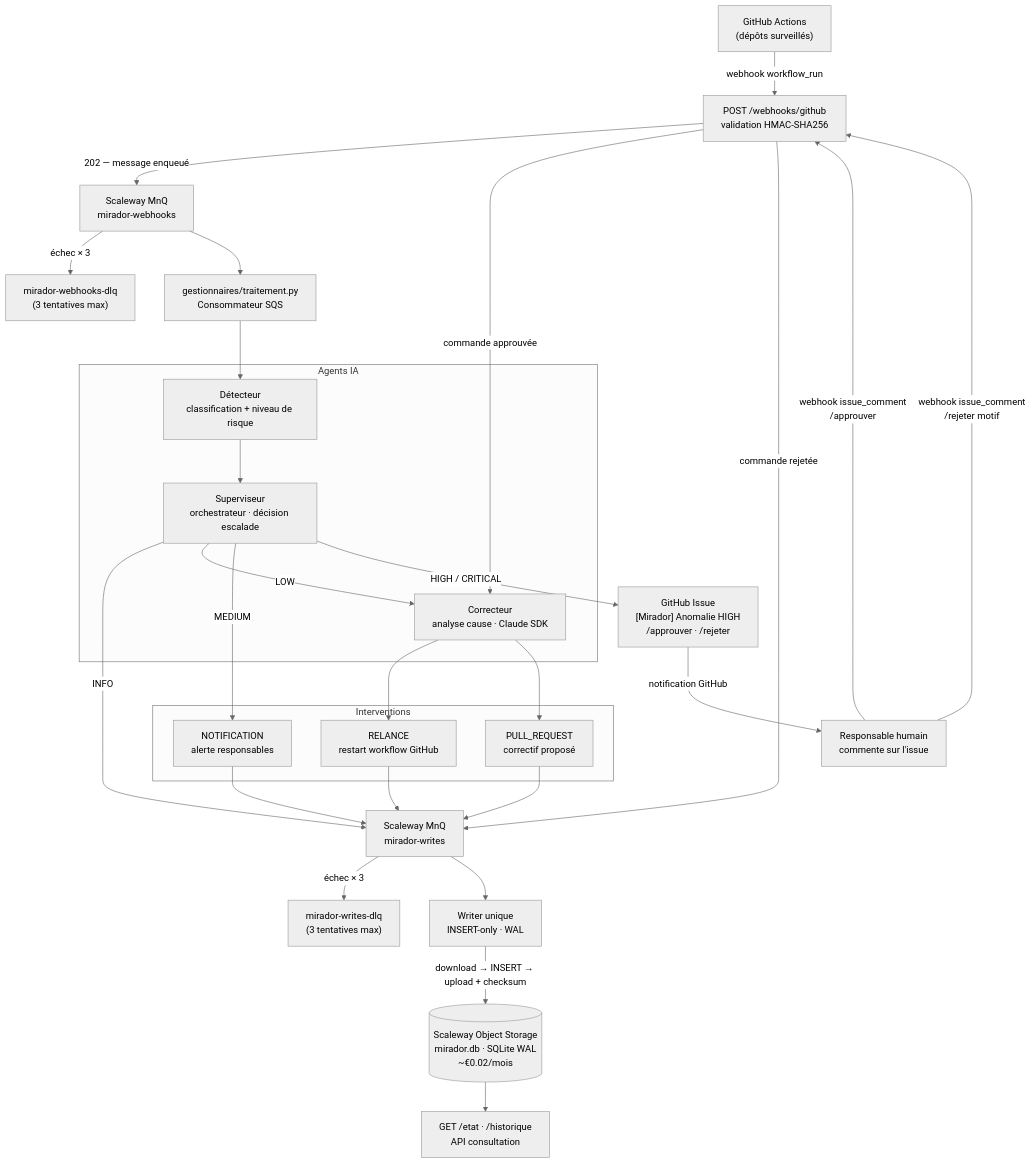
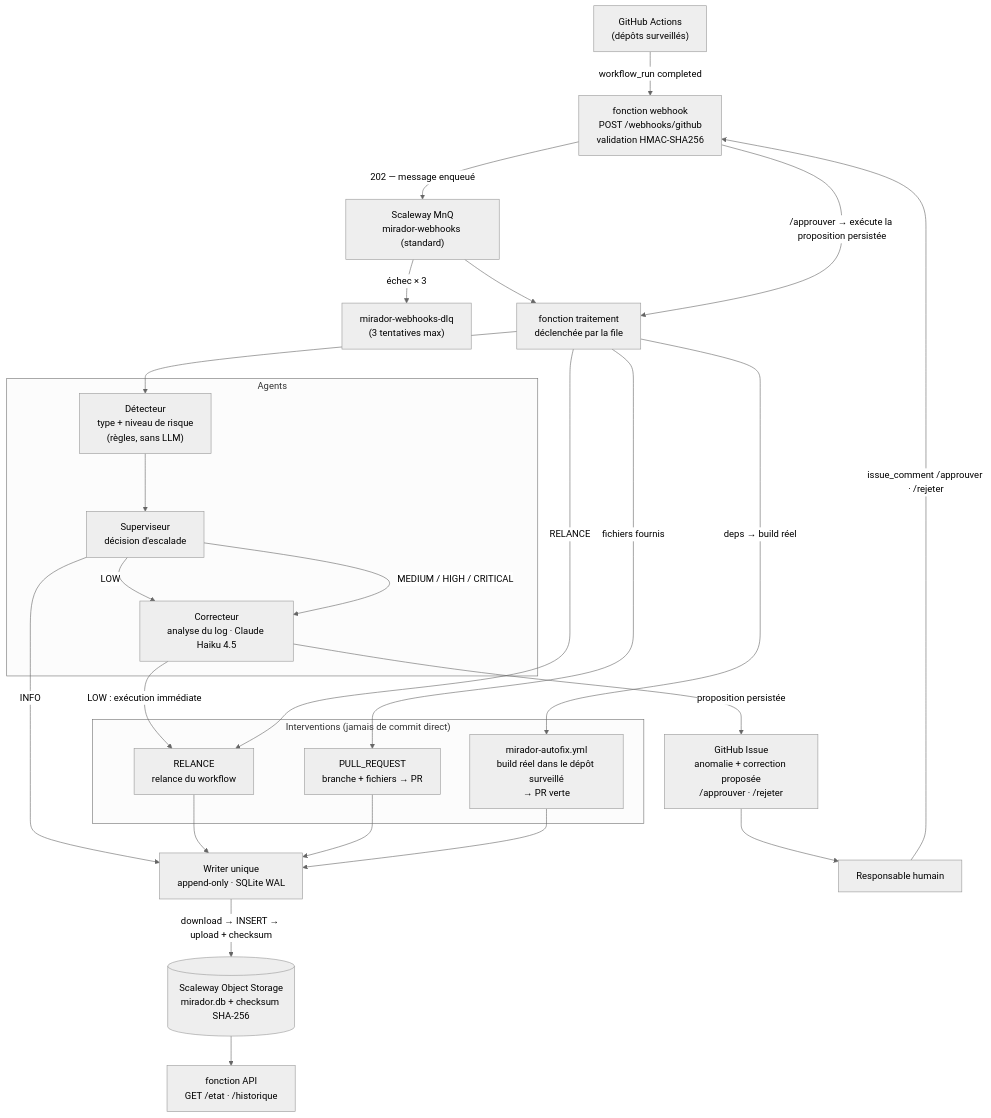
One commit to aboigues/mirador changed the diagram in README.md. Above: the diagram before and after it, drawn with Mermaid (neutral theme). The commit also changed other lines of this file and 2 other files, not shown here.

````diff
--- a/README.md
+++ b/README.md
@@ -11,53 +13,49 @@
 ```mermaid
 flowchart TD
-    GH["GitHub Actions\n(dépôts surveillés)"]
-    WH["POST /webhooks/github\nvalidation HMAC-SHA256"]
-    MNQ["Scaleway MnQ\nmirador-webhooks"]
-    DLQ1["mirador-webhooks-dlq\n(3 tentatives max)"]
-    TRAIT["gestionnaires/traitement.py\nConsommateur SQS"]
+    GH["GitHub Actions<br/>(dépôts surveillés)"]
+    WH["fonction webhook<br/>POST /webhooks/github<br/>validation HMAC-SHA256"]
+    MNQ["Scaleway MnQ<br/>mirador-webhooks (standard)"]
+    DLQ1["mirador-webhooks-dlq<br/>(3 tentatives max)"]
+    TRAIT["fonction traitement<br/>déclenchée par la file"]
 
-    subgraph Agents["Agents IA"]
-        DET["Détecteur\nclassification + niveau de risque"]
-        CORR["Correcteur\nanalyse cause · Claude SDK"]
-        SUP["Superviseur\norchestrateur · décision escalade"]
+    subgraph Agents["Agents"]
+        DET["Détecteur<br/>type + niveau de risque<br/>(règles, sans LLM)"]
+        SUP["Superviseur<br/>décision d'escalade"]
+        CORR["Correcteur<br/>analyse du log · Claude Haiku 4.5"]
     end
 
-    subgraph Actions["Interventions"]
-        RELANCE["RELANCE\nrestart workflow GitHub"]
-        PR["PULL_REQUEST\ncorrectif proposé"]
-        NOTIF["NOTIFICATION\nalerte responsables"]
+    subgraph Actions["Interventions (jamais de commit direct)"]
+        RELANCE["RELANCE<br/>relance du workflow"]
+        AUTOFIX["mirador-autofix.yml<br/>build réel dans le dépôt surveillé<br/>→ PR verte"]
+        PR["PULL_REQUEST<br/>branche + fichiers → PR"]
     end
 
-    WQUEUE["Scaleway MnQ\nmirador-writes"]
-    DLQ2["mirador-writes-dlq\n(3 tentatives max)"]
-    WRITER["Writer unique\nINSERT-only · WAL"]
-    BUCKET[("Scaleway Object Storage\nmirador.db · SQLite WAL\n~€0.02/mois")]
-    API["GET /etat · /historique\nAPI consultation"]
-    ISSUE["GitHub Issue\n[Mirador] Anomalie HIGH\n/approuver · /rejeter"]
-    HUMAIN["Responsable humain\ncommente sur l'issue"]
+    WRITER["Writer unique<br/>append-only · SQLite WAL"]
+    BUCKET[("Scaleway Object Storage<br/>mirador.db + checksum SHA-256")]
+    API["fonction API<br/>GET /etat · /historique"]
+    ISSUE["GitHub Issue<br/>anomalie + correction proposée<br/>/approuver · /rejeter"]
+    HUMAIN["Responsable humain"]
 
-    GH -->|"webhook workflow_run"| WH
+    GH -->|"workflow_run completed"| WH
     WH -->|"202 — message enqueué"| MNQ
     MNQ -->|"échec × 3"| DLQ1
     MNQ --> TRAIT
     TRAIT --> DET
     DET --> SUP
-    SUP -->|"INFO"| WQUEUE
+    SUP -->|"INFO"| WRITER
     SUP -->|"LOW"| CORR
-    SUP -->|"MEDIUM"| NOTIF
-    SUP -->|"HIGH / CRITICAL"| ISSUE
-    ISSUE -->|"notification GitHub"| HUMAIN
-    HUMAIN -->|"webhook issue_comment\n/approuver"| WH
-    HUMAIN -->|"webhook issue_comment\n/rejeter motif"| WH
-    WH -->|"commande approuvée"| CORR
-    WH -->|"commande rejetée"| WQUEUE
-    CORR --> RELANCE
-    CORR --> PR
-    RELANCE --> WQUEUE
-    PR --> WQUEUE
-    NOTIF --> WQUEUE
-    WQUEUE -->|"échec × 3"| DLQ2
-    WQUEUE --> WRITER
+    SUP -->|"MEDIUM / HIGH / CRITICAL"| CORR
+    CORR -->|"LOW : exécution immédiate"| RELANCE
+    CORR -->|"proposition persistée"| ISSUE
+    ISSUE --> HUMAIN
+    HUMAIN -->|"issue_comment /approuver · /rejeter"| WH
+    WH -->|"/approuver → exécute la proposition persistée"| TRAIT
+    TRAIT -->|"deps → build réel"| AUTOFIX
+    TRAIT -->|"fichiers fournis"| PR
+    TRAIT -->|"RELANCE"| RELANCE
+    RELANCE --> WRITER
+    PR --> WRITER
+    AUTOFIX --> WRITER
     WRITER -->|"download → INSERT → upload + checksum"| BUCKET
     BUCKET --> API
 ```
````
